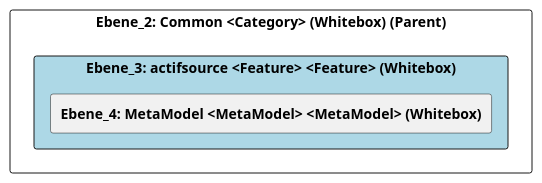
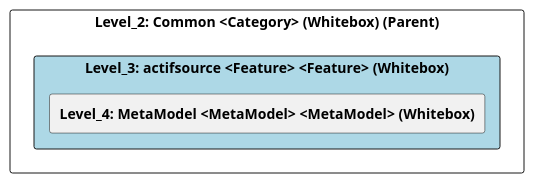
Before and after one commit to marcozwyssig/cleon: the diagram in doc/cleonproject_deliverables_architecture_model_architecture/adoc/de/05_bausteinsicht/cleon/common/actifsource/ebene_3_actifsource.adoc, drawn with PlantUML. The commit also changed other lines of this file and 83 other files, not shown here.

```diff
--- a/doc/cleonproject_deliverables_architecture_model_architecture/adoc/de/05_bausteinsicht/cleon/common/actifsource/ebene_3_actifsource.adoc
+++ b/doc/cleonproject_deliverables_architecture_model_architecture/adoc/de/05_bausteinsicht/cleon/common/actifsource/ebene_3_actifsource.adoc
@@ -20,24 +20,24 @@
-[plantuml, Ebene_3: actifsource <Feature> <Feature> (Whitebox)BlockOverview, format="svg"]
+[plantuml, Level_3: actifsource <Feature> <Feature> (Whitebox)BlockOverview, format="svg"]
 ----
-@startuml Ebene_3: actifsource <Feature> <Feature> (Whitebox)BuildingBlockOverview
+@startuml Level_3: actifsource <Feature> <Feature> (Whitebox)BuildingBlockOverview
 
 skinparam ranksep 10
 skinparam componentStyle rectangle
 skinparam shadowing false
 skinparam arrowColor lightblue
 skinparam arrowThickness 1.2
 skinparam rectangle {
   BackgroundColor White
   BorderColor #333
   RoundCorner 10
 }
 top to bottom direction
 
-component "Ebene_2: Common <Category> (Whitebox) (Parent)" {
-    component "Ebene_3: actifsource <Feature> <Feature> (Whitebox)" #lightblue {
-        [**Ebene_4: MetaModel <MetaModel> <MetaModel> (Whitebox)**] as 4A57056A_D579_11EE_903E_9F564E4DE07E
+component "Level_2: Common <Category> (Whitebox) (Parent)" {
+    component "Level_3: actifsource <Feature> <Feature> (Whitebox)" #lightblue {
+        [**Level_4: MetaModel <MetaModel> <MetaModel> (Whitebox)**] as 4A57056A_D579_11EE_903E_9F564E4DE07E
     }
 }
 
 @enduml
 ----
```
